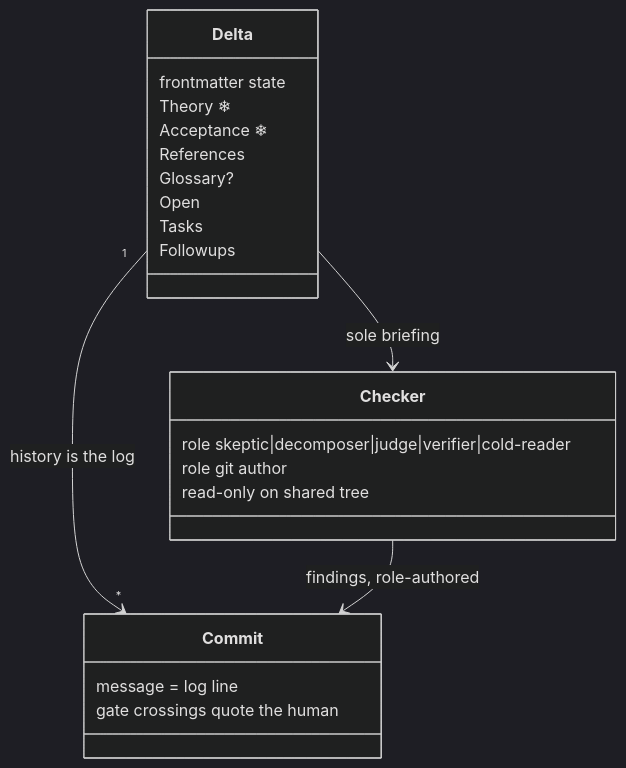
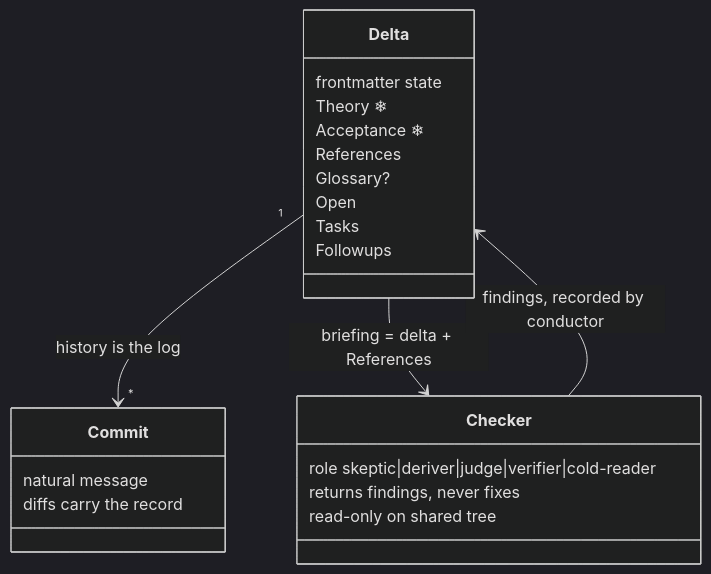
One commit to andrezzoid/config changed the second of 2 diagrams in .deltas/dddv2.md. Above: the diagram before and after it, drawn with Mermaid (dark theme). The commit also changed other lines of this file, not shown here.

First line of the commit message:
dddv2: re-pass dispositions — no message conventions, checkers return findings, ATDD is the backbone

````diff
--- a/.deltas/dddv2.md
+++ b/.deltas/dddv2.md
@@ -118,25 +122,25 @@
 ```mermaid
 classDiagram
     class Delta {
       frontmatter state
       Theory ❄
       Acceptance ❄
       References
       Glossary?
       Open
       Tasks
       Followups
     }
     class Commit {
-      message = log line
-      gate crossings quote the human
+      natural message
+      diffs carry the record
     }
     class Checker {
-      role skeptic|decomposer|judge|verifier|cold-reader
-      role git author
+      role skeptic|deriver|judge|verifier|cold-reader
+      returns findings, never fixes
       read-only on shared tree
     }
     Delta "1" --> "*" Commit : history is the log
-    Delta --> Checker : sole briefing
-    Checker --> Commit : findings, role-authored
+    Delta --> Checker : briefing = delta + References
+    Checker --> Delta : findings, recorded by conductor
 ```
````
